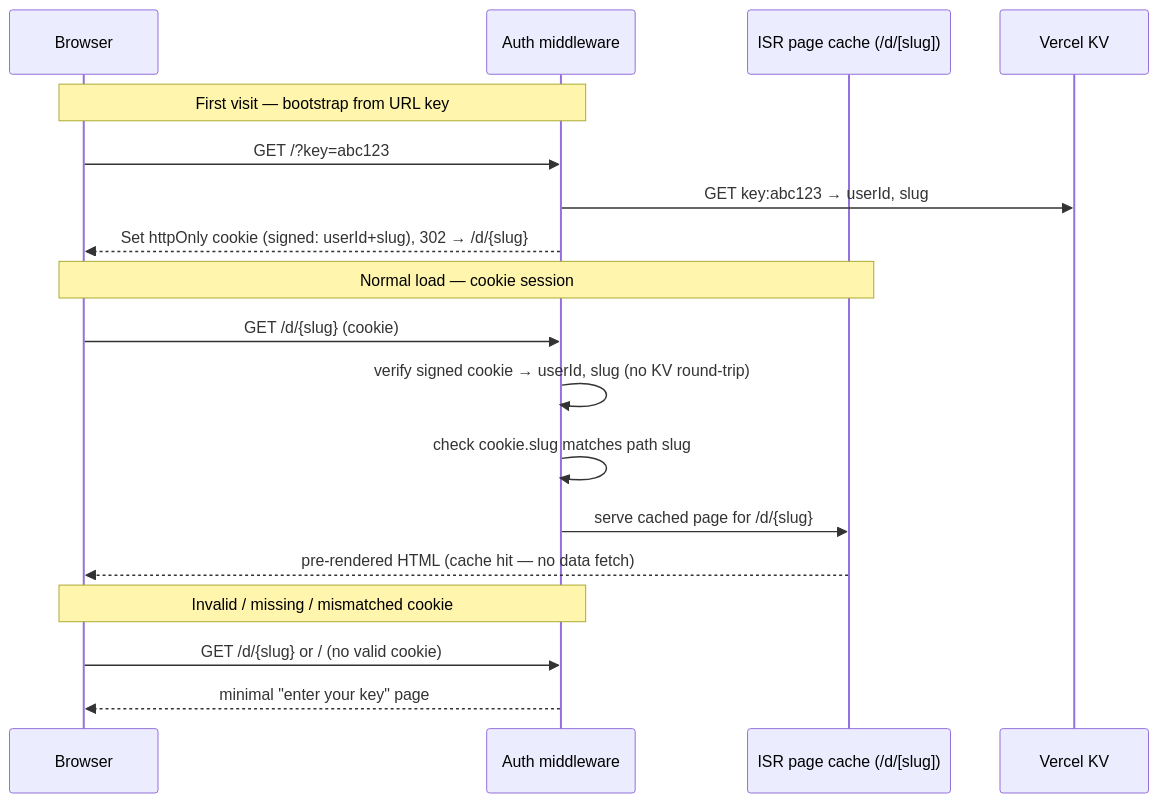
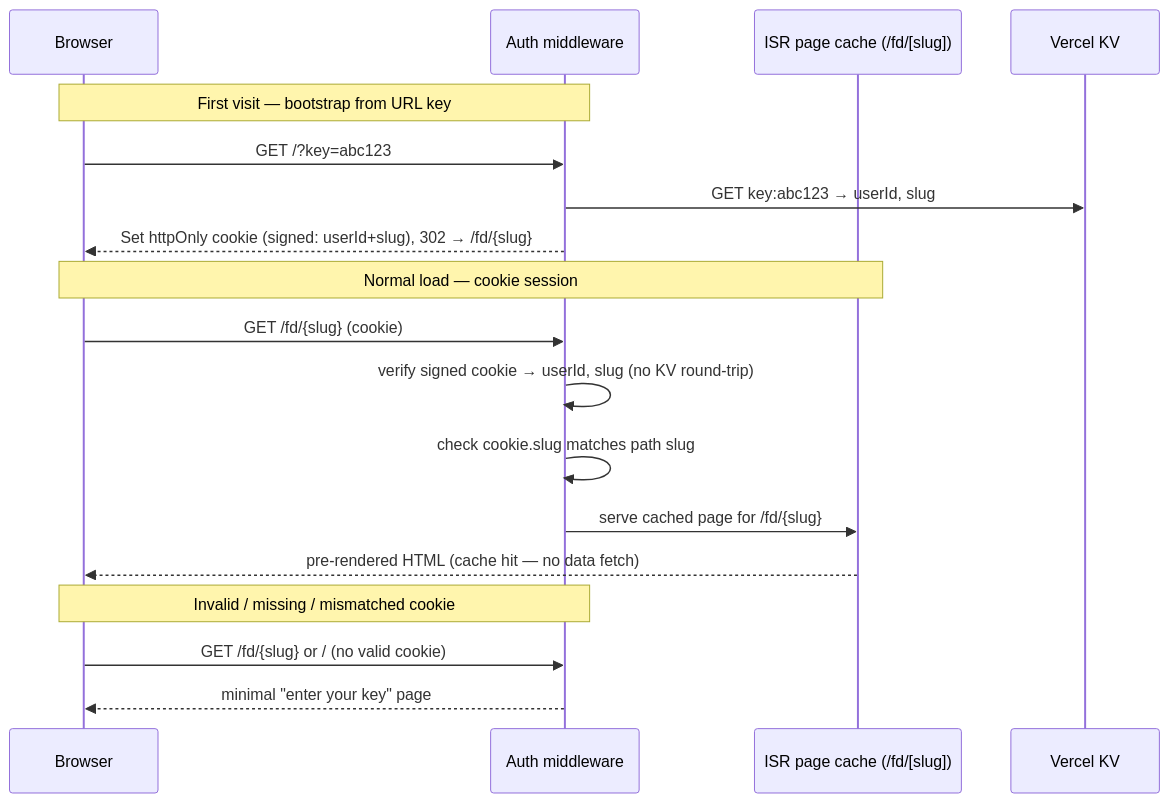
The fourth of 7 diagrams in docs/architecture.md (vedanta/frontdoor), drawn with Mermaid before and after one commit. The commit also changed other lines of this file and 21 other files, not shown here.

````diff
--- a/docs/architecture.md
+++ b/docs/architecture.md
@@ -191,23 +191,23 @@
 ```mermaid
 sequenceDiagram
     participant B as Browser
     participant MW as Auth middleware
-    participant ISR as ISR page cache (/d/[slug])
+    participant ISR as ISR page cache (/fd/[slug])
     participant KV as Vercel KV
 
     Note over B,MW: First visit — bootstrap from URL key
     B->>MW: GET /?key=abc123
     MW->>KV: GET key:abc123 → userId, slug
-    MW-->>B: Set httpOnly cookie (signed: userId+slug), 302 → /d/{slug}
+    MW-->>B: Set httpOnly cookie (signed: userId+slug), 302 → /fd/{slug}
 
     Note over B,ISR: Normal load — cookie session
-    B->>MW: GET /d/{slug} (cookie)
+    B->>MW: GET /fd/{slug} (cookie)
     MW->>MW: verify signed cookie → userId, slug (no KV round-trip)
     MW->>MW: check cookie.slug matches path slug
-    MW->>ISR: serve cached page for /d/{slug}
+    MW->>ISR: serve cached page for /fd/{slug}
     ISR-->>B: pre-rendered HTML (cache hit — no data fetch)
 
     Note over B,MW: Invalid / missing / mismatched cookie
-    B->>MW: GET /d/{slug} or / (no valid cookie)
+    B->>MW: GET /fd/{slug} or / (no valid cookie)
     MW-->>B: minimal "enter your key" page
 ```
````
